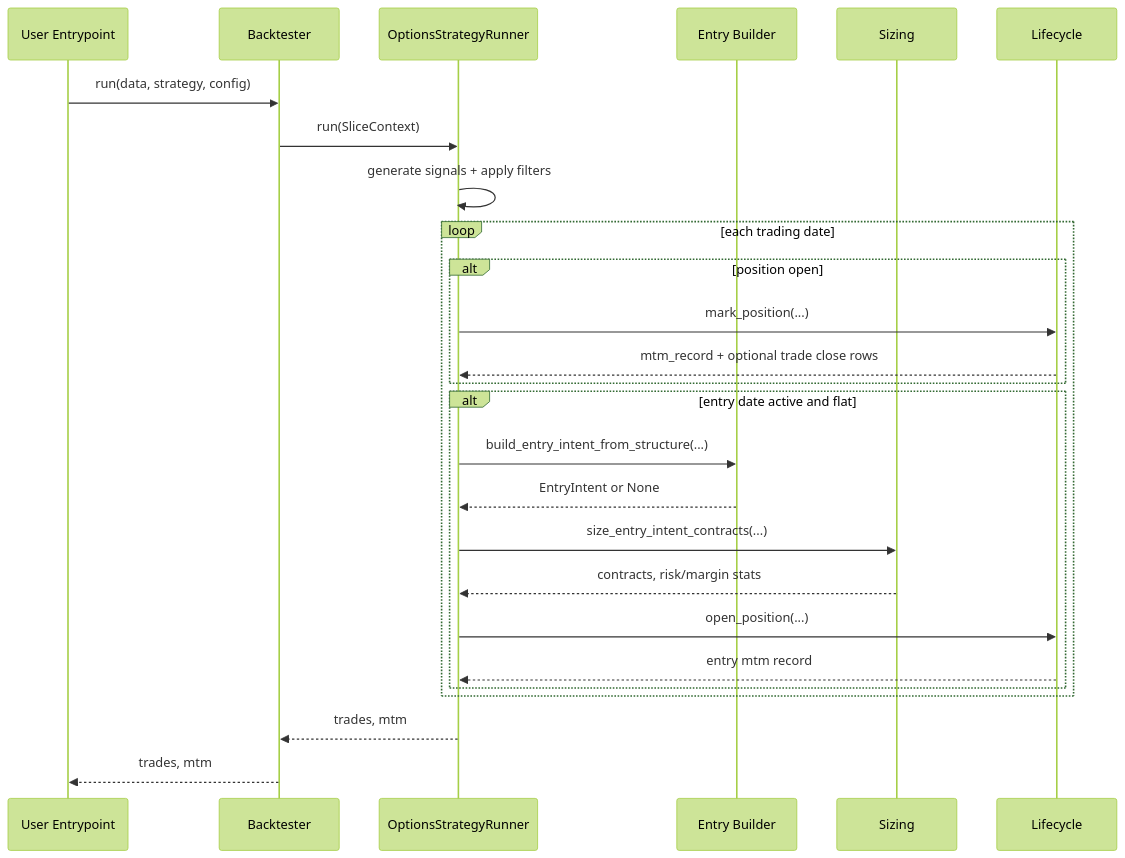
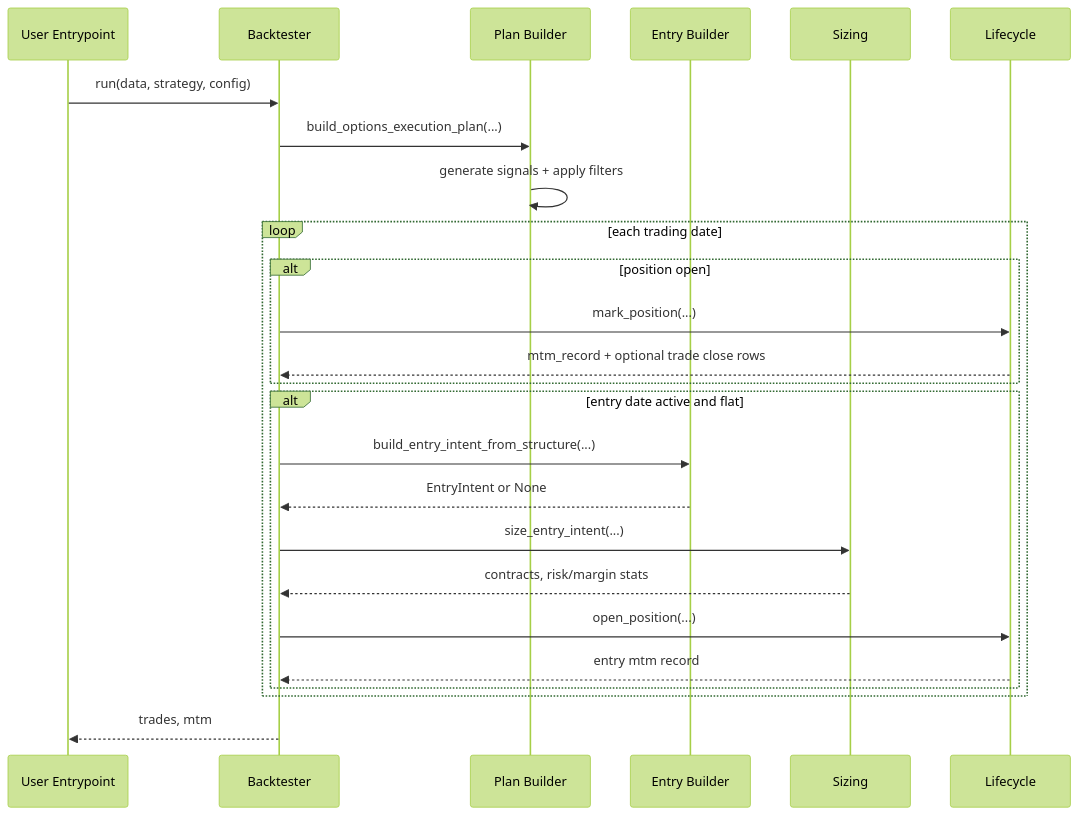
Before and after one commit to anthonymakarewicz/volatility-trading: the second of 3 diagrams in docs/reference/options_backtesting_architecture.md, drawn with Mermaid (forest theme). The commit also changed other lines of this file and 13 other files, not shown here.

````diff
--- a/docs/reference/options_backtesting_architecture.md
+++ b/docs/reference/options_backtesting_architecture.md
@@ -47,29 +44,28 @@
 ```mermaid
 sequenceDiagram
     participant U as User Entrypoint
     participant B as Backtester
-    participant S as OptionsStrategyRunner
+    participant P as Plan Builder
     participant E as Entry Builder
     participant Z as Sizing
     participant L as Lifecycle
 
     U->>B: run(data, strategy, config)
-    B->>S: run(SliceContext)
-    S->>S: generate signals + apply filters
+    B->>P: build_options_execution_plan(...)
+    P->>P: generate signals + apply filters
     loop each trading date
         alt position open
-            S->>L: mark_position(...)
-            L-->>S: mtm_record + optional trade close rows
+            B->>L: mark_position(...)
+            L-->>B: mtm_record + optional trade close rows
         end
         alt entry date active and flat
-            S->>E: build_entry_intent_from_structure(...)
-            E-->>S: EntryIntent or None
-            S->>Z: size_entry_intent_contracts(...)
-            Z-->>S: contracts, risk/margin stats
-            S->>L: open_position(...)
-            L-->>S: entry mtm record
+            B->>E: build_entry_intent_from_structure(...)
+            E-->>B: EntryIntent or None
+            B->>Z: size_entry_intent(...)
+            Z-->>B: contracts, risk/margin stats
+            B->>L: open_position(...)
+            L-->>B: entry mtm record
         end
     end
-    S-->>B: trades, mtm
     B-->>U: trades, mtm
 ```
````
